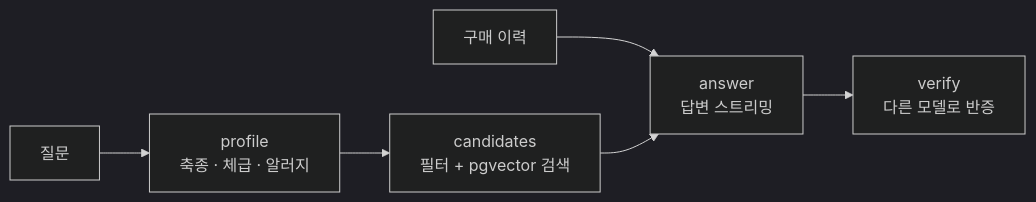
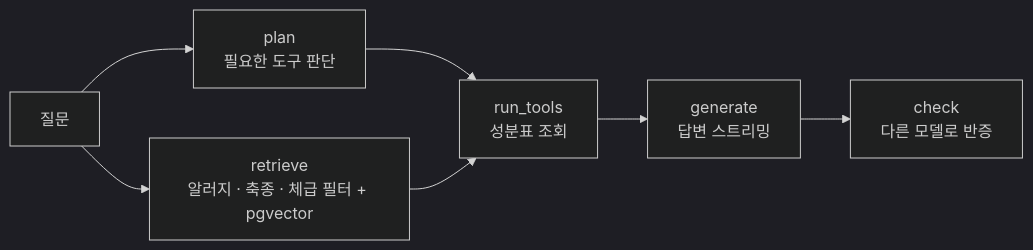
One commit to TodayWhatDish/dev-data-embed changed the second of 2 diagrams in README.md. Above: the diagram before and after it, drawn with Mermaid (dark theme). The commit also changed other lines of this file and 2 other files, not shown here.

````diff
--- a/README.md
+++ b/README.md
@@ -59,8 +64,9 @@
 ```mermaid
 flowchart LR
-    Q[질문] --> P[profile<br/>축종 · 체급 · 알러지]
-    P --> S[candidates<br/>필터 + pgvector 검색]
-    H[구매 이력] --> G
-    S --> G[answer<br/>답변 스트리밍]
-    G --> V[verify<br/>다른 모델로 반증]
+    Q[질문] --> PL[plan<br/>필요한 도구 판단]
+    Q --> R[retrieve<br/>알러지 · 축종 · 체급 필터 + pgvector]
+    PL --> T[run_tools<br/>성분표 조회]
+    R --> T
+    T --> G[generate<br/>답변 스트리밍]
+    G --> C[check<br/>다른 모델로 반증]
 ```
````
